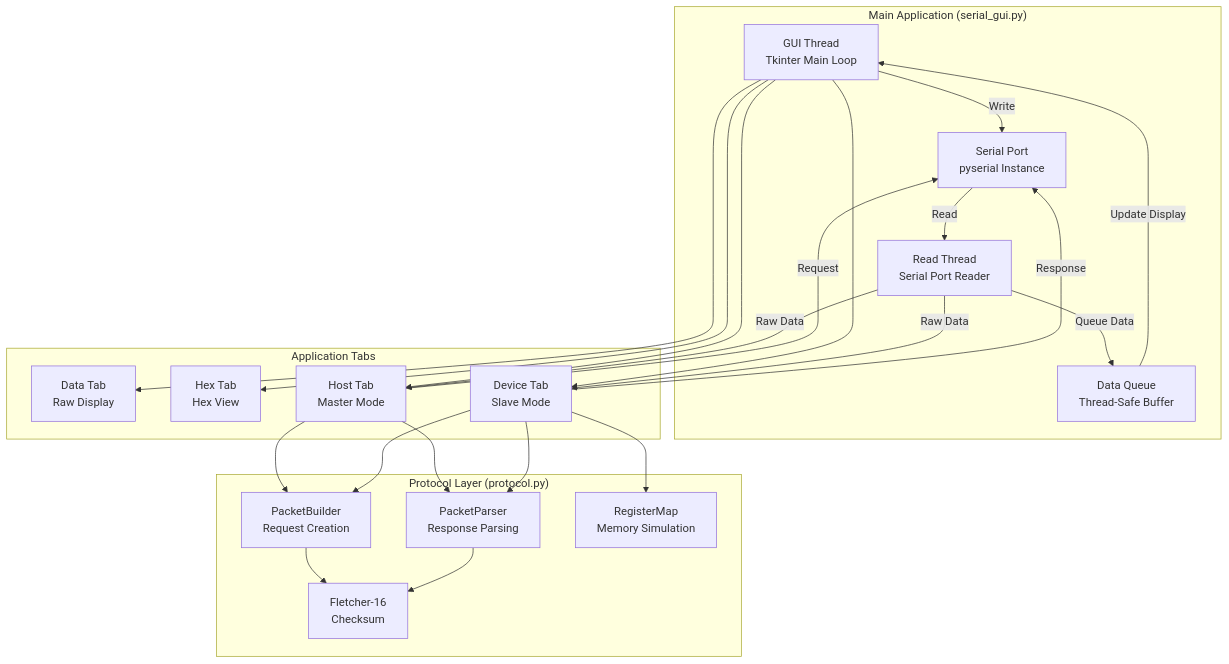
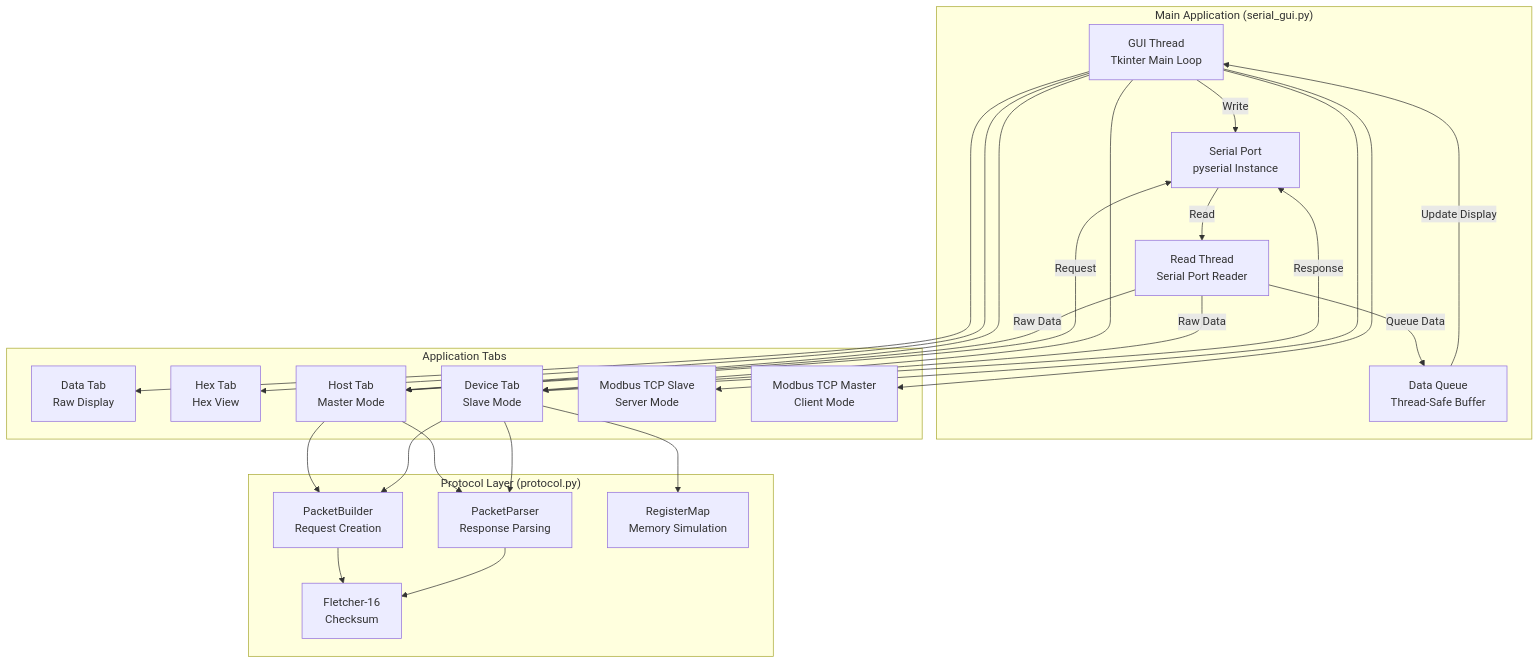
Before and after one commit to BangNguyenSJSU/SerialCOM_Tool: the first of 5 diagrams in README.md, drawn with Mermaid. The commit also changed other lines of this file and 1 other file, not shown here.

First line of the commit message:
Update README with Modbus TCP and detailed usage guide

````diff
--- a/README.md
+++ b/README.md
@@ -82,50 +350,54 @@
 ```mermaid
 graph TB
     subgraph "Main Application (serial_gui.py)"
         GUI[GUI Thread<br/>Tkinter Main Loop]
         RT[Read Thread<br/>Serial Port Reader]
         Q[Data Queue<br/>Thread-Safe Buffer]
         SP[Serial Port<br/>pyserial Instance]
     end
     
     subgraph "Protocol Layer (protocol.py)"
         PB[PacketBuilder<br/>Request Creation]
         PP[PacketParser<br/>Response Parsing]
         F16[Fletcher-16<br/>Checksum]
         REG[RegisterMap<br/>Memory Simulation]
     end
     
     subgraph "Application Tabs"
         DT[Data Tab<br/>Raw Display]
         HX[Hex Tab<br/>Hex View]
         HT[Host Tab<br/>Master Mode]
         DV[Device Tab<br/>Slave Mode]
+        MTS[Modbus TCP Slave<br/>Server Mode]
+        MTM[Modbus TCP Master<br/>Client Mode]
     end
     
     %% Serial Port Connections
     SP -->|Read| RT
     RT -->|Queue Data| Q
     Q -->|Update Display| GUI
     GUI -->|Write| SP
     
     %% Tab Connections
     GUI --> DT
     GUI --> HX
     GUI --> HT
     GUI --> DV
+    GUI --> MTS
+    GUI --> MTM
     
     %% Protocol Usage
     HT --> PB
     HT --> PP
     DV --> PP
     DV --> PB
     PB --> F16
     PP --> F16
     DV --> REG
     
     %% Data Flow
     RT -->|Raw Data| DV
     RT -->|Raw Data| HT
     DV -->|Response| SP
     HT -->|Request| SP
 ```
````
